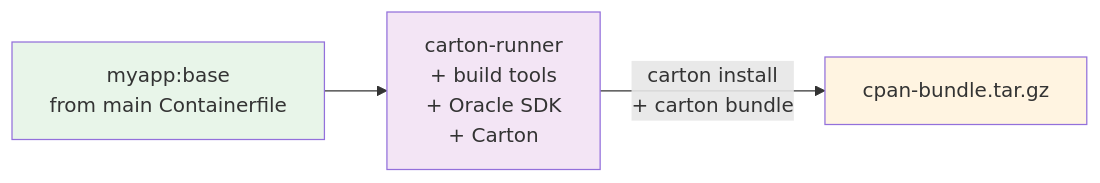
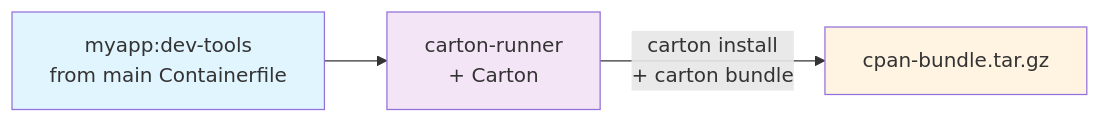
Before and after one commit to mueslipolo/composePerl: the second of 2 diagrams in README.md, drawn with Mermaid. The commit also changed other lines of this file and 5 other files, not shown here.

````diff
--- a/README.md
+++ b/README.md
@@ -325,9 +327,9 @@
 ```mermaid
 graph LR
-    B[myapp:base<br/>from main Containerfile] --> R[carton-runner<br/>+ build tools<br/>+ Oracle SDK<br/>+ Carton]
-    R -->|carton install<br/>+ carton bundle| T[cpan-bundle.tar.gz]
+    T[myapp:dev-tools<br/>from main Containerfile] --> R[carton-runner<br/>+ Carton]
+    R -->|carton install<br/>+ carton bundle| B[cpan-bundle.tar.gz]
 
-    style B fill:#e8f5e9
+    style T fill:#e1f5ff
     style R fill:#f3e5f5
-    style T fill:#fff4e1
+    style B fill:#fff4e1
 ```
````
